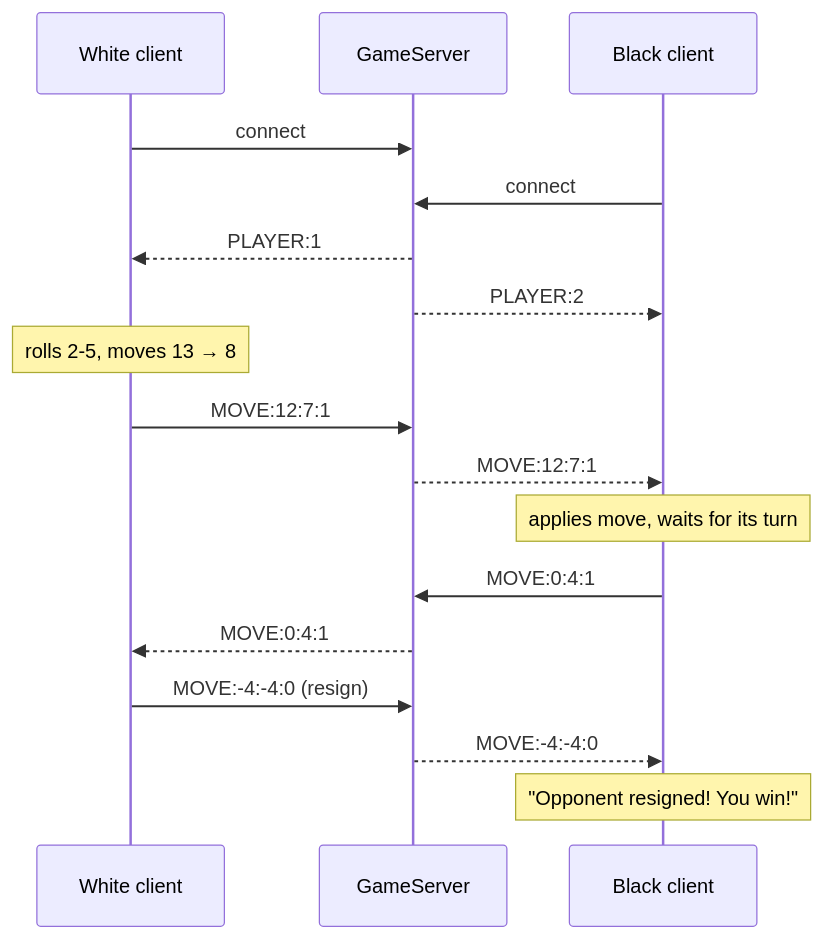
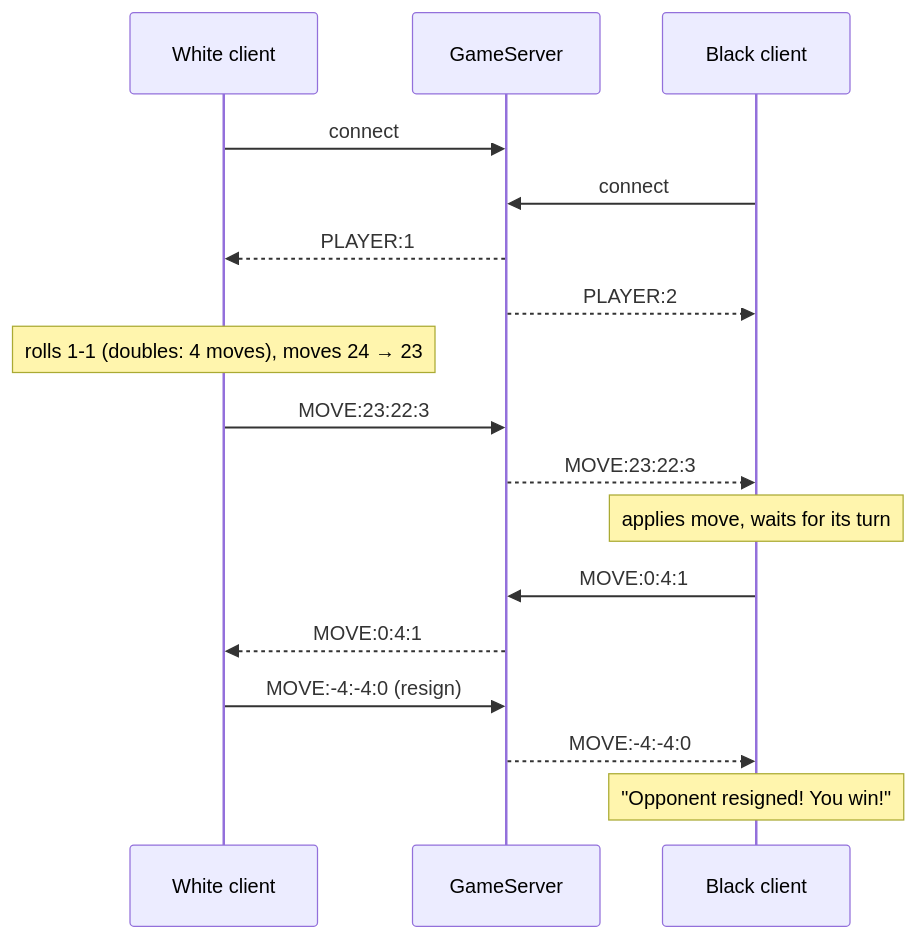
Before and after one commit to SaadOsama10/backgammon-network-project: the second of 2 diagrams in README.md, drawn with Mermaid. The commit also changed other lines of this file and 7 other files, not shown here.

````diff
--- a/README.md
+++ b/README.md
@@ -68,19 +68,19 @@
 ```mermaid
 sequenceDiagram
     participant W as White client
     participant S as GameServer
     participant B as Black client
     W->>S: connect
     B->>S: connect
     S-->>W: PLAYER:1
     S-->>B: PLAYER:2
-    Note over W: rolls 2-5, moves 13 → 8
-    W->>S: MOVE:12:7:1
-    S-->>B: MOVE:12:7:1
+    Note over W: rolls 1-1 (doubles: 4 moves), moves 24 → 23
+    W->>S: MOVE:23:22:3
+    S-->>B: MOVE:23:22:3
     Note over B: applies move, waits for its turn
     B->>S: MOVE:0:4:1
     S-->>W: MOVE:0:4:1
     W->>S: MOVE:-4:-4:0 (resign)
     S-->>B: MOVE:-4:-4:0
     Note over B: "Opponent resigned! You win!"
 ```
````
